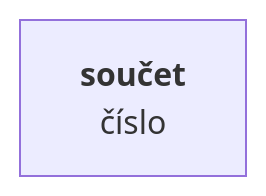
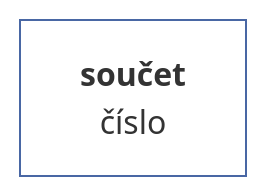
Before and after one commit to muzikp/retusa: the first of 23 diagrams in docs/cs-CZ/vector.md, drawn with Mermaid. The commit also changed other lines of this file and 17 other files, not shown here.

````diff
--- a/docs/cs-CZ/vector.md
+++ b/docs/cs-CZ/vector.md
@@ -45,4 +45,7 @@
 ```mermaid
 graph TD
-A[<b>součet<br></b>číslo]
+sum[<b>součet<br></b>číslo]
+style sum fill:#FFFFFF;
+style sum stroke:#4967A4;
+
 ```
````
